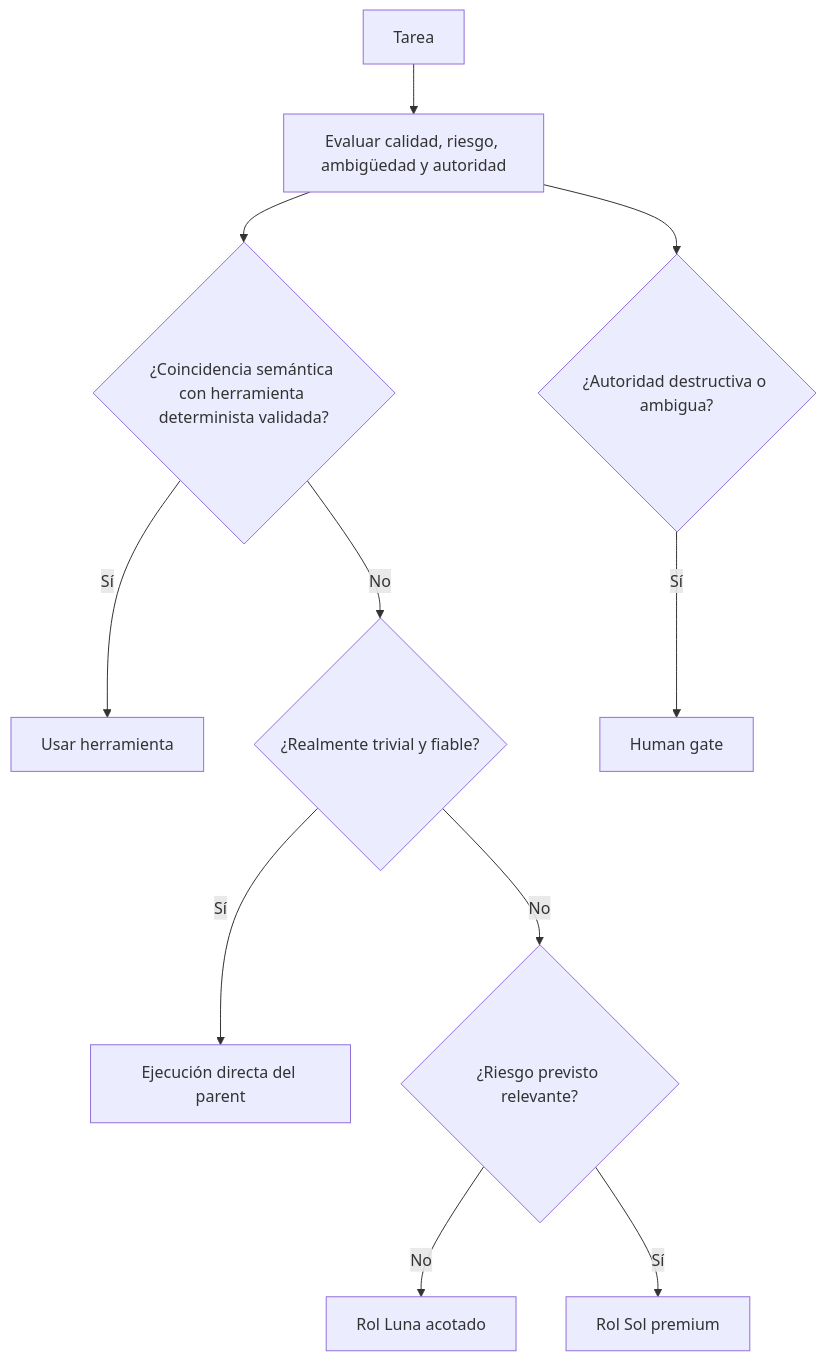
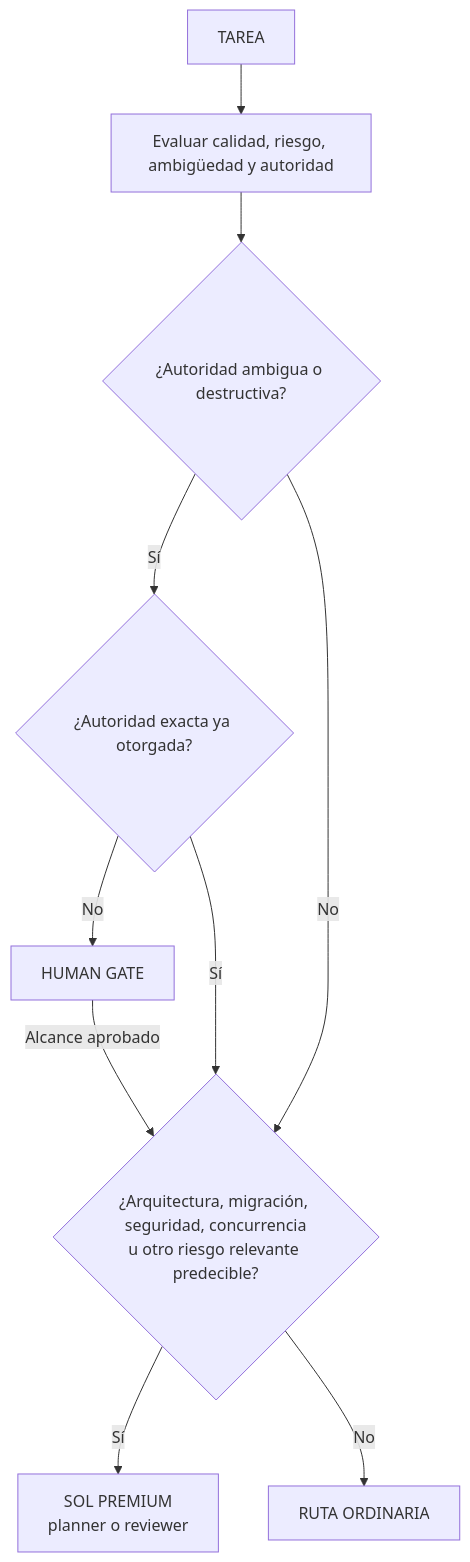
One commit to der-kaffe/bio-harness changed the first of 6 diagrams in docs/model-routing.md. Above: the diagram before and after it, drawn with Mermaid. The commit also changed other lines of this file and 13 other files, not shown here.

````diff
--- a/docs/model-routing.md
+++ b/docs/model-routing.md
@@ -29,13 +29,12 @@
 ```mermaid
 flowchart TD
-    T[Tarea] --> A[Evaluar calidad, riesgo, ambigüedad y autoridad]
-    A --> M{¿Coincidencia semántica con herramienta determinista validada?}
-    M -->|Sí| TOOL[Usar herramienta]
-    M -->|No| X{¿Realmente trivial y fiable?}
-    X -->|Sí| DIRECT[Ejecución directa del parent]
-    X -->|No| R{¿Riesgo previsto relevante?}
-    R -->|No| L[Rol Luna acotado]
-    R -->|Sí| S[Rol Sol premium]
-    A --> H{¿Autoridad destructiva o ambigua?}
-    H -->|Sí| G[Human gate]
+    T["TAREA"] --> A["Evaluar calidad, riesgo, ambigüedad y autoridad"]
+    A --> H{"¿Autoridad ambigua o destructiva?"}
+    H -->|Sí| HA{"¿Autoridad exacta ya otorgada?"}
+    HA -->|No| G["HUMAN GATE"]
+    HA -->|Sí| P
+    H -->|No| P{"¿Arquitectura, migración, seguridad, concurrencia<br/>u otro riesgo relevante predecible?"}
+    P -->|Sí| SOL["SOL PREMIUM<br/>planner o reviewer"]
+    P -->|No| O["RUTA ORDINARIA"]
+    G -->|Alcance aprobado| P
 ```
````
